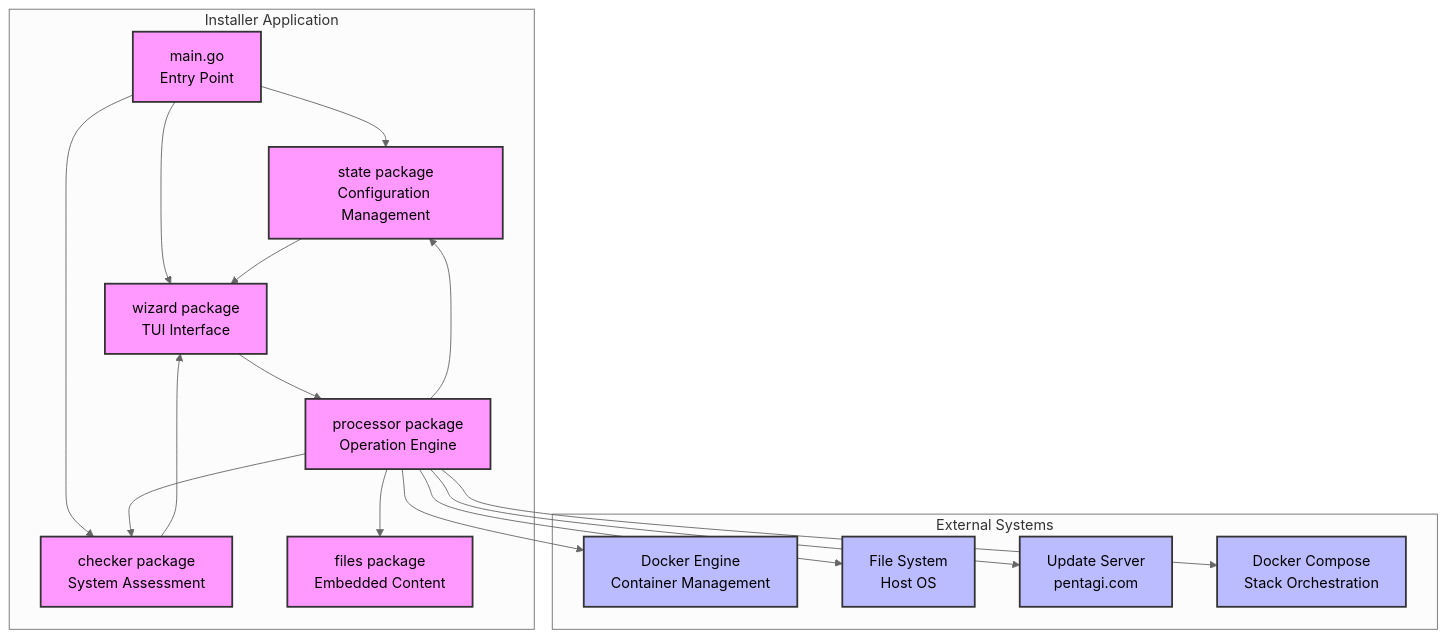
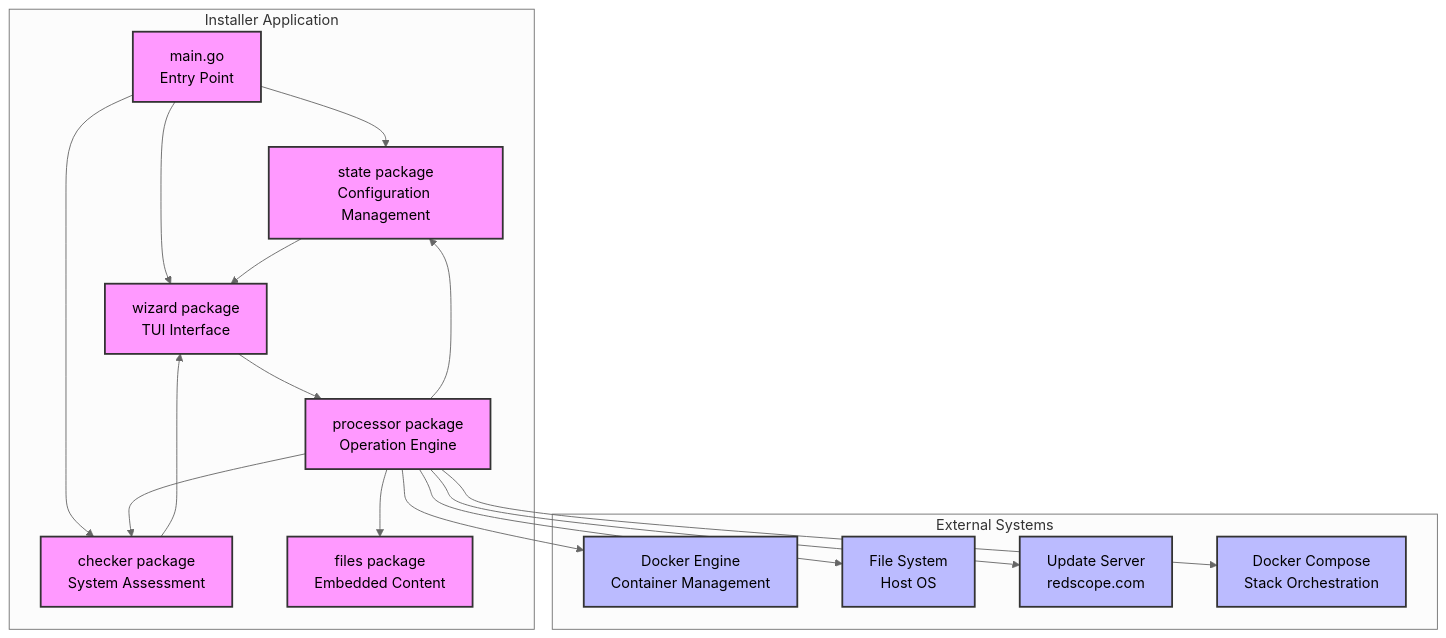
Before and after one commit to Adelya30stm/WorldState_Agent_Intelligence_Platform: the first of 2 diagrams in backend/docs/installer/processor.md, drawn with Mermaid (neutral theme). The commit also changed other lines of this file and 129 other files, not shown here.

````diff
--- a/backend/docs/installer/processor.md
+++ b/backend/docs/installer/processor.md
@@ -9,38 +9,38 @@
 ```mermaid
 graph TB
     subgraph "Installer Application"
         Main[main.go<br/>Entry Point]
         State[state package<br/>Configuration Management]
         Checker[checker package<br/>System Assessment]
         Files[files package<br/>Embedded Content]
         Wizard[wizard package<br/>TUI Interface]
         Processor[processor package<br/>Operation Engine]
     end
 
     subgraph "External Systems"
         Docker[Docker Engine<br/>Container Management]
         FS[File System<br/>Host OS]
-        UpdateServer[Update Server<br/>pentagi.com]
+        UpdateServer[Update Server<br/>redscope.com]
         Compose[Docker Compose<br/>Stack Orchestration]
     end
 
     Main --> State
     Main --> Checker
     Main --> Wizard
     State --> Wizard
     Checker --> Wizard
     Wizard --> Processor
     Processor --> State
     Processor --> Checker
     Processor --> Files
     Processor --> Docker
     Processor --> FS
     Processor --> UpdateServer
     Processor --> Compose
 
     classDef core fill:#f9f,stroke:#333,stroke-width:2px
     classDef external fill:#bbf,stroke:#333,stroke-width:2px
 
     class Main,State,Checker,Files,Wizard,Processor core
     class Docker,FS,UpdateServer,Compose external
 ```
````
